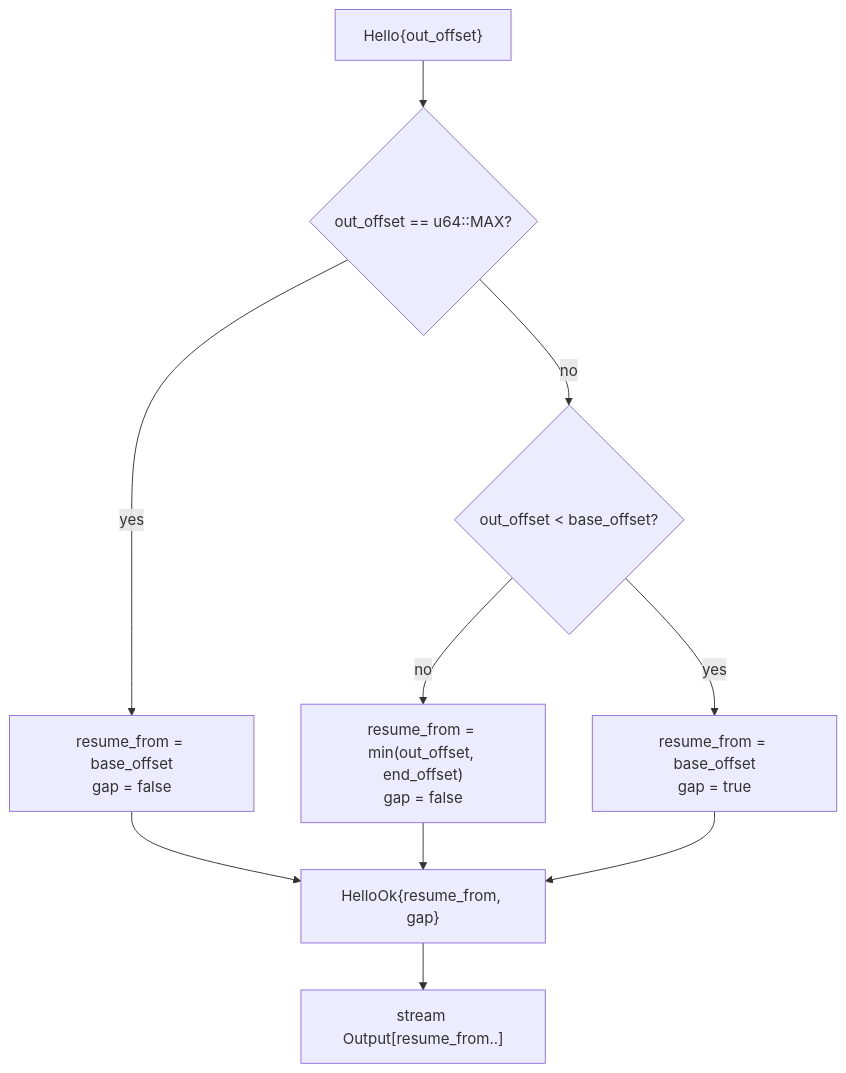
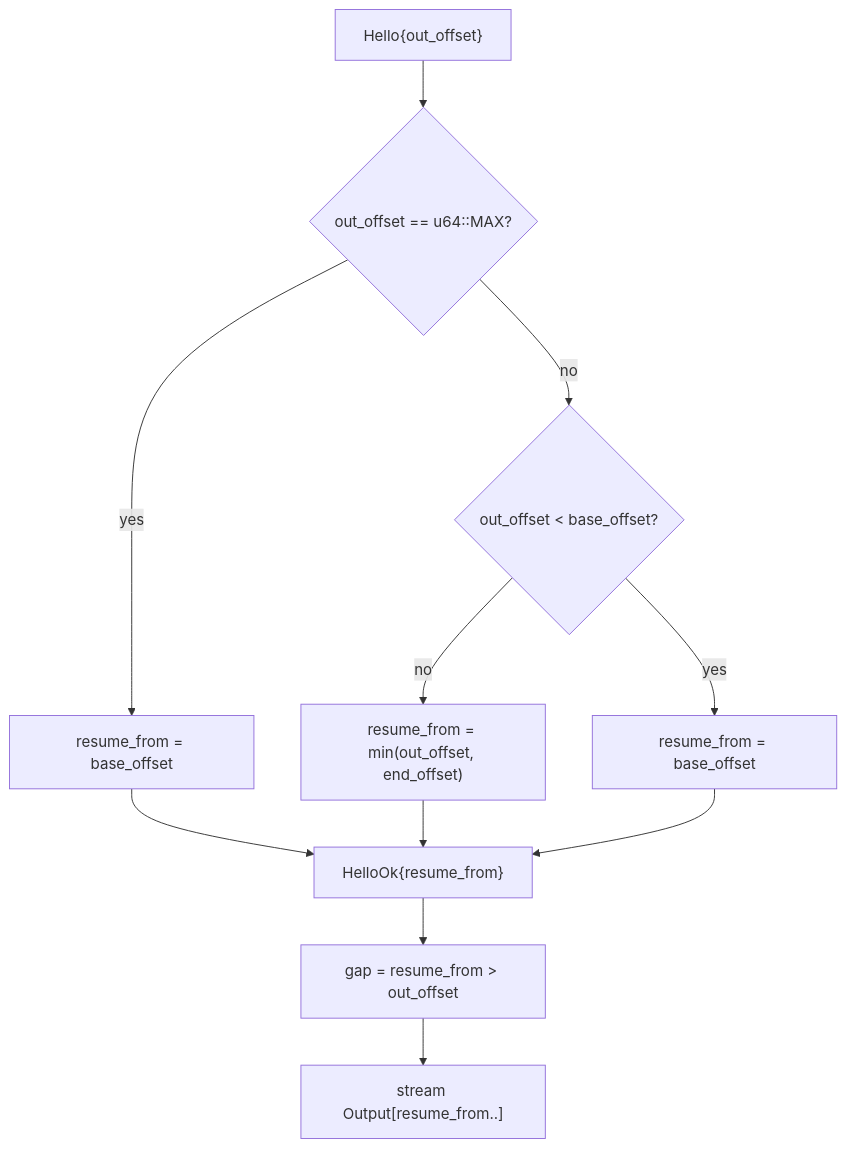
One commit to fornwall/nomux changed the second of 4 diagrams in IMPLEMENTATION.md. Above: the diagram before and after it, drawn with Mermaid. The commit also changed other lines of this file and 38 other files, not shown here.

````diff
--- a/IMPLEMENTATION.md
+++ b/IMPLEMENTATION.md
@@ -282,12 +341,13 @@
 ```mermaid
 flowchart TD
   A["Hello{out_offset}"] --> B{"out_offset == u64::MAX?"}
-  B -- yes --> C["resume_from = base_offset<br/>gap = false"]
+  B -- yes --> C["resume_from = base_offset"]
   B -- no --> D{"out_offset < base_offset?"}
-  D -- no --> E["resume_from = min(out_offset, end_offset)<br/>gap = false"]
-  D -- yes --> F["resume_from = base_offset<br/>gap = true"]
-  C --> G["HelloOk{resume_from, gap}"]
+  D -- no --> E["resume_from = min(out_offset, end_offset)"]
+  D -- yes --> F["resume_from = base_offset"]
+  C --> G["HelloOk{resume_from}"]
   E --> G
   F --> G
-  G --> I["stream Output[resume_from..]"]
+  G --> H["gap = resume_from > out_offset"]
+  H --> I["stream Output[resume_from..]"]
 ```
````
